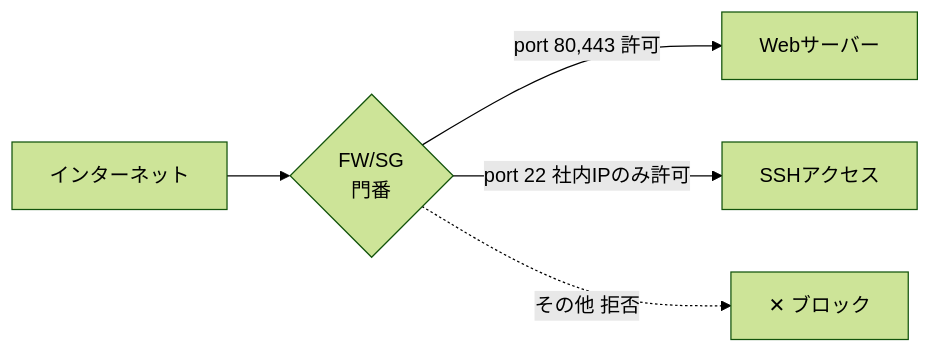
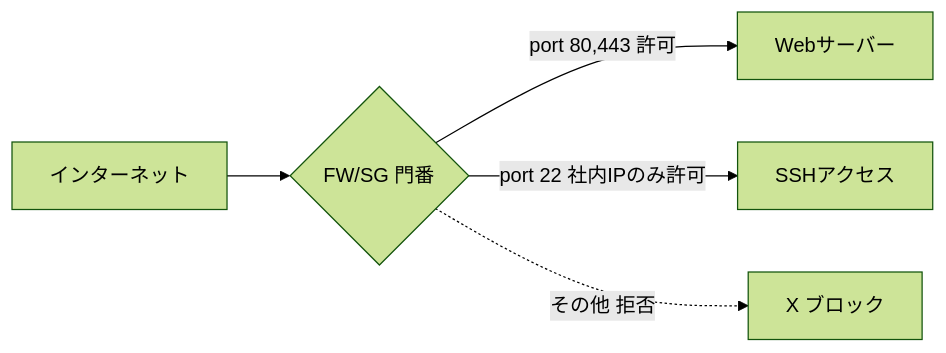
Before and after one commit to x86-unix/docs: diagram 13 of 21 in training/basics.md, drawn with Mermaid (forest theme). The commit also changed other lines of this file, not shown here.

````diff
--- a/training/basics.md
+++ b/training/basics.md
@@ -1127,7 +610,7 @@
 ```mermaid
 graph LR
-    Internet[インターネット] --> FW{FW/SG<br/>門番}
-    FW -->|port 80,443 許可| Web[Webサーバー]
-    FW -->|port 22 社内IPのみ許可| SSH[SSHアクセス]
-    FW -.->|その他 拒否| X[✕ ブロック]
+    Internet[インターネット] --> FW{"FW/SG 門番"}
+    FW -->|"port 80,443 許可"| Web[Webサーバー]
+    FW -->|"port 22 社内IPのみ許可"| SSH[SSHアクセス]
+    FW -.->|その他 拒否| X["X ブロック"]
 ```
````
